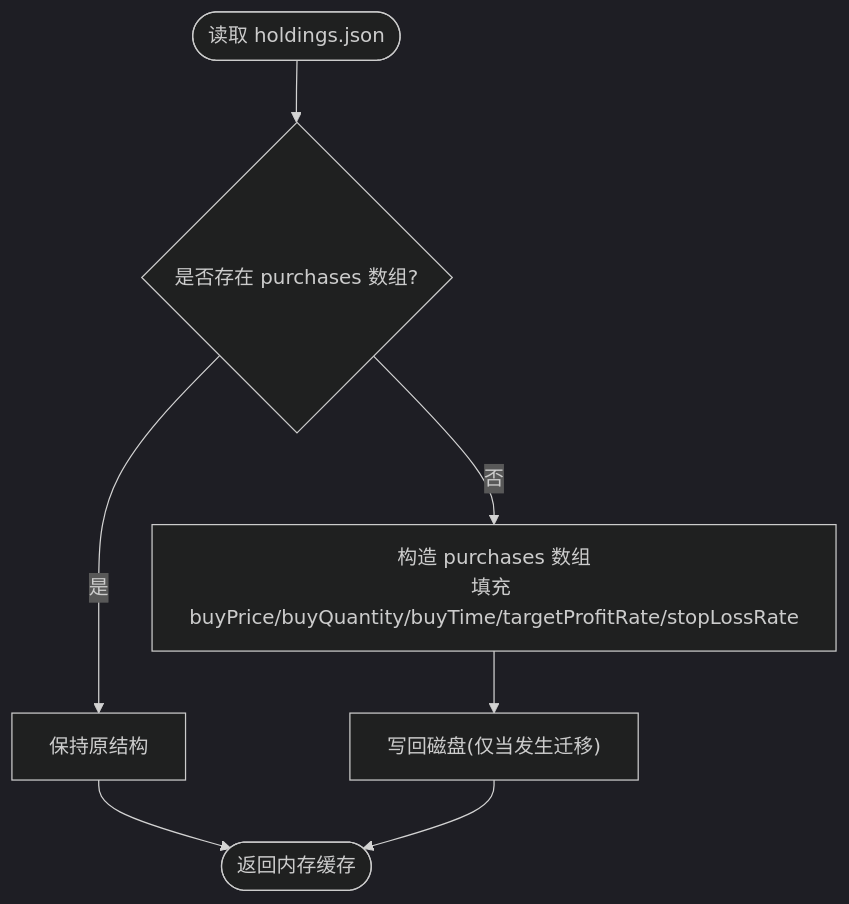
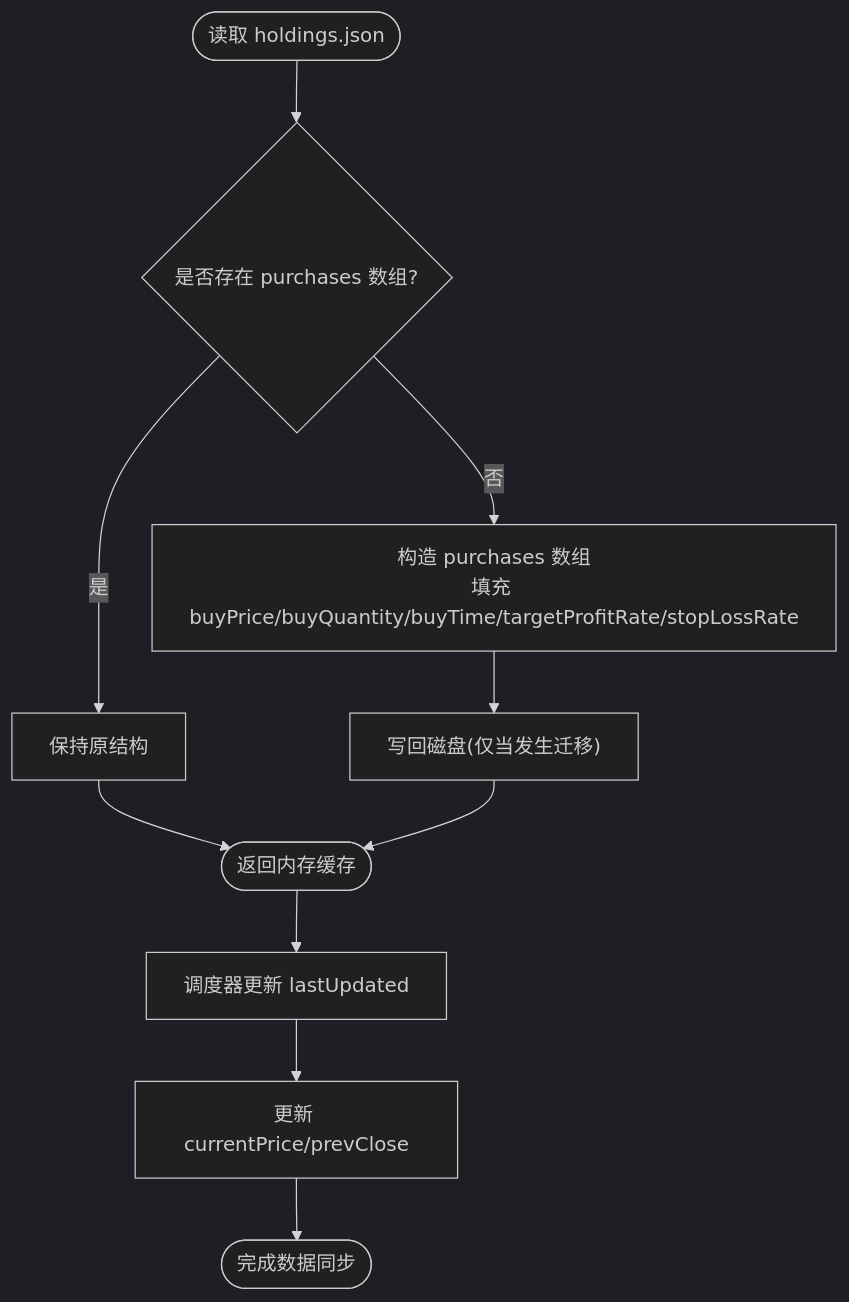
One commit to salenju/stock-advisor changed the third of 5 diagrams in .qoder/repowiki/zh/content/系统架构/数据流设计/数据持久化.md. Above: the diagram before and after it, drawn with Mermaid (dark theme). The commit also changed other lines of this file and 31 other files, not shown here.

````diff
--- a/.qoder/repowiki/zh/content/系统架构/数据流设计/数据持久化.md
+++ b/.qoder/repowiki/zh/content/系统架构/数据流设计/数据持久化.md
@@ -120,9 +147,12 @@
 ```mermaid
 flowchart TD
 Start(["读取 holdings.json"]) --> Check{"是否存在 purchases 数组?"}
 Check -- 否 --> Migrate["构造 purchases 数组<br/>填充 buyPrice/buyQuantity/buyTime/targetProfitRate/stopLossRate"]
 Check -- 是 --> Keep["保持原结构"]
 Migrate --> Save["写回磁盘(仅当发生迁移)"]
 Keep --> End(["返回内存缓存"])
 Save --> End
+End --> Sync["调度器更新 lastUpdated"]
+Sync --> Update["更新 currentPrice/prevClose"]
+Update --> Complete(["完成数据同步"])
 ```
````
